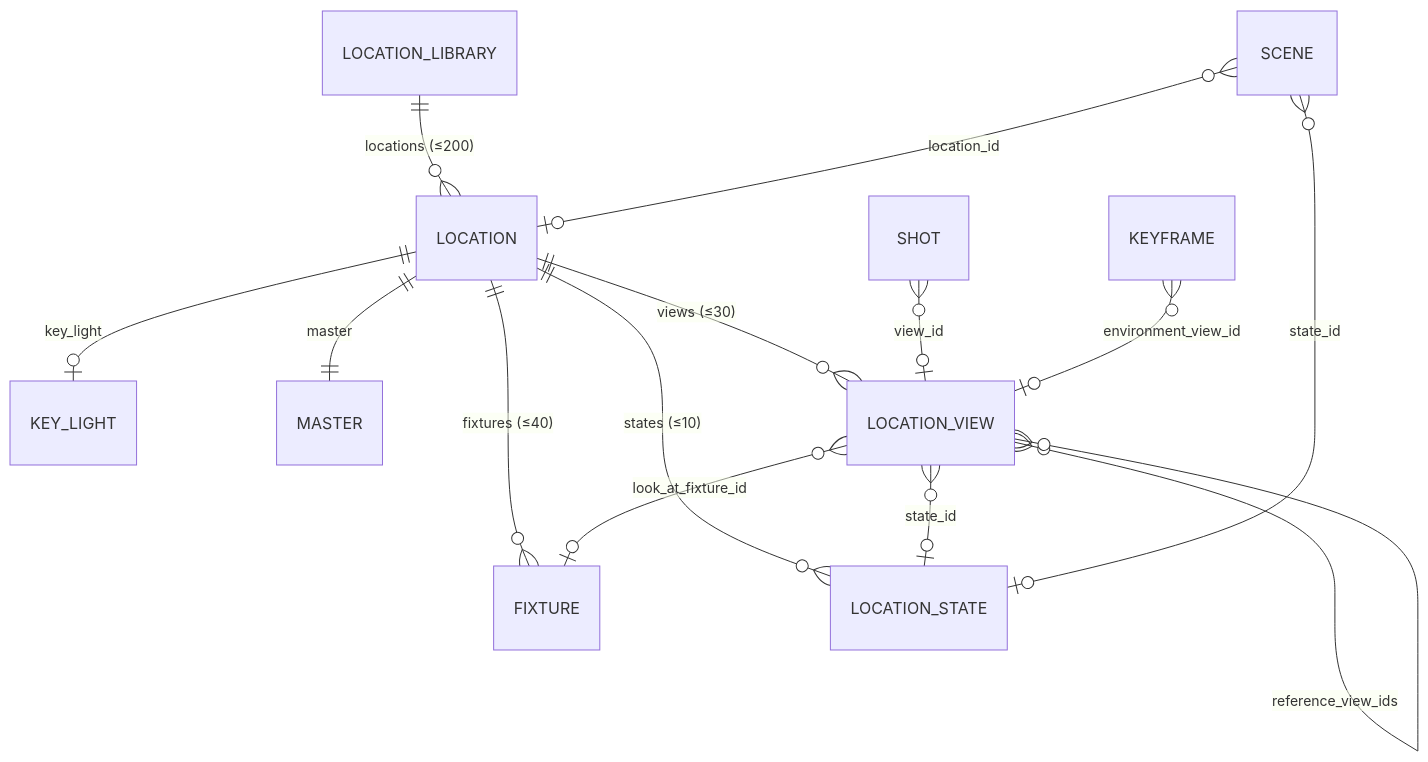
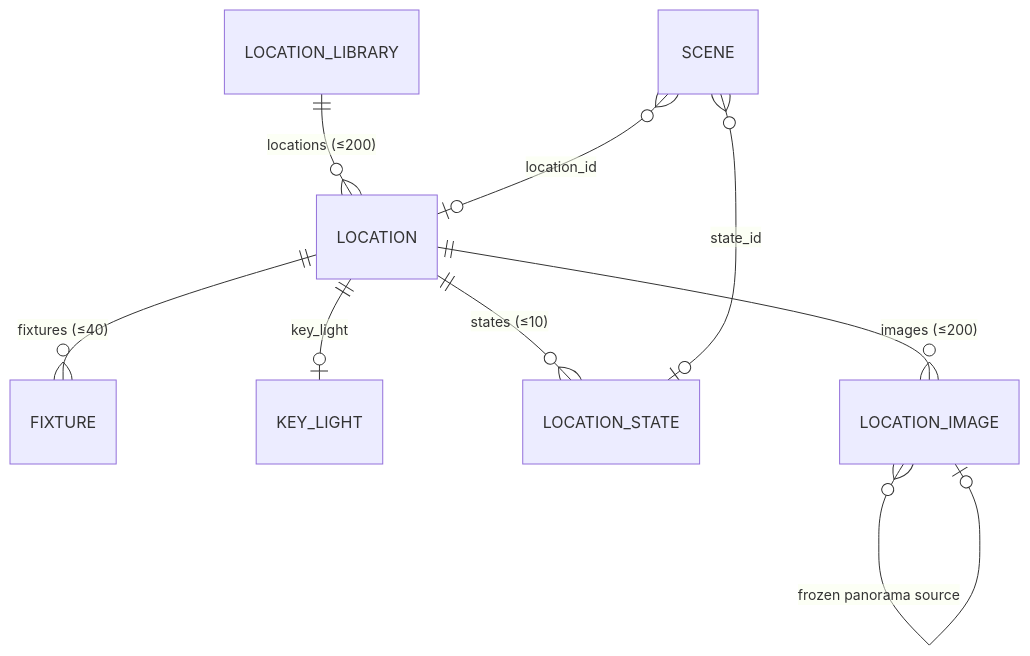
Before and after one commit to LJXLJXLJX/StoryRail: the fifth of 7 diagrams in docs/data-model.md, drawn with Mermaid. The commit also changed other lines of this file and 173 other files, not shown here.

Commit message:
refactor: decouple location image library

````diff
--- a/docs/data-model.md
+++ b/docs/data-model.md
@@ -244,16 +243,11 @@
 ```mermaid
 erDiagram
     LOCATION_LIBRARY ||--o{ LOCATION : "locations (≤200)"
     LOCATION ||--o{ FIXTURE : "fixtures (≤40)"
     LOCATION ||--o| KEY_LIGHT : key_light
-    LOCATION ||--|| MASTER : master
     LOCATION ||--o{ LOCATION_STATE : "states (≤10)"
-    LOCATION ||--o{ LOCATION_VIEW : "views (≤30)"
-    LOCATION_VIEW }o--o| FIXTURE : look_at_fixture_id
-    LOCATION_VIEW }o--o| LOCATION_STATE : state_id
-    LOCATION_VIEW }o--o{ LOCATION_VIEW : reference_view_ids
+    LOCATION ||--o{ LOCATION_IMAGE : "images (≤200)"
+    LOCATION_IMAGE }o--o| LOCATION_IMAGE : "frozen panorama source"
     SCENE }o--o| LOCATION : location_id
     SCENE }o--o| LOCATION_STATE : state_id
-    SHOT }o--o| LOCATION_VIEW : view_id
-    KEYFRAME }o--o| LOCATION_VIEW : environment_view_id
 ```
````
